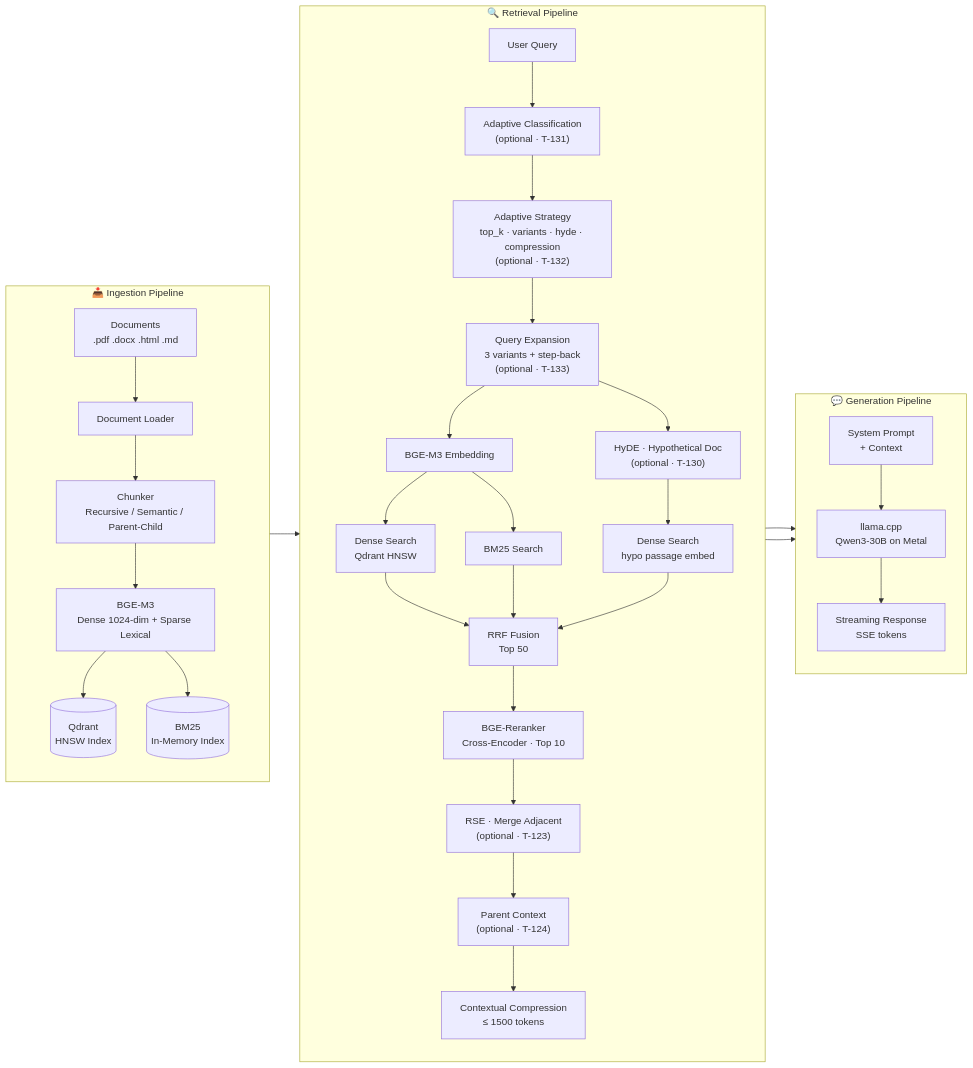
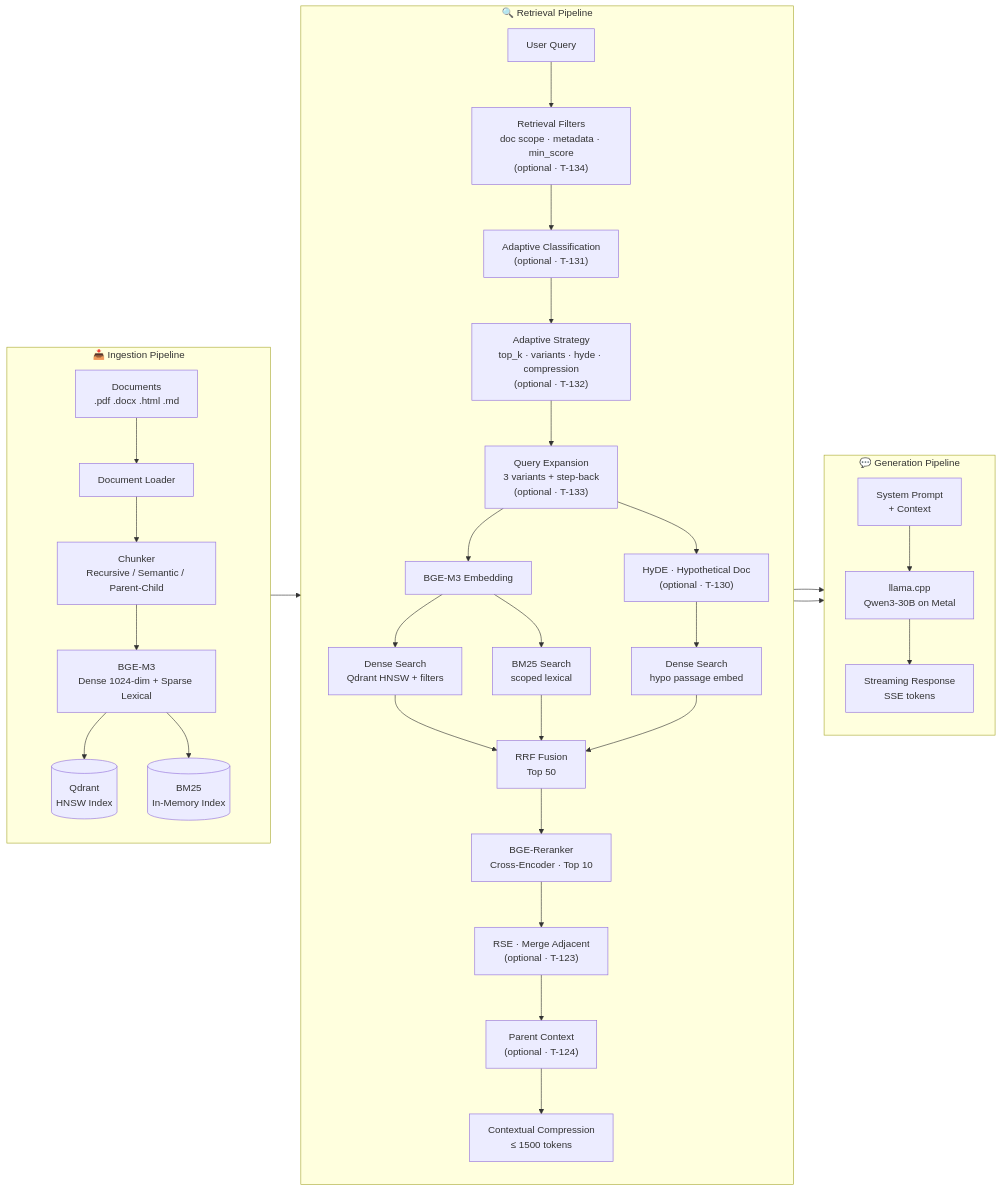
The first of 10 diagrams in README.md (ealbertoav/rag_platform), drawn with Mermaid before and after one commit. The commit also changed other lines of this file and 23 other files, not shown here.

First line of the commit message:
feat: implement multi-faceted Qdrant filtering and retrieval constraints

````diff
--- a/README.md
+++ b/README.md
@@ -44,40 +47,41 @@
 ```mermaid
 flowchart LR
     subgraph INGEST["📥 Ingestion Pipeline"]
         direction TB
         D["Documents<br/>.pdf .docx .html .md"] --> L[Document Loader]
         L --> C["Chunker<br/>Recursive / Semantic / Parent-Child"]
         C --> E["BGE-M3<br/>Dense 1024-dim + Sparse Lexical"]
         E --> Q[("Qdrant<br/>HNSW Index")]
         E --> B[("BM25<br/>In-Memory Index")]
     end
 
     subgraph RETRIEVE["🔍 Retrieval Pipeline"]
         direction TB
-        QX["User Query"] --> ADAPT["Adaptive Classification<br/>(optional · T-131)"]
+        QX["User Query"] --> FILT["Retrieval Filters<br/>doc scope · metadata · min_score<br/>(optional · T-134)"]
+        FILT --> ADAPT["Adaptive Classification<br/>(optional · T-131)"]
         ADAPT --> STRAT["Adaptive Strategy<br/>top_k · variants · hyde · compression<br/>(optional · T-132)"]
         STRAT --> EXP["Query Expansion<br/>3 variants + step-back<br/>(optional · T-133)"]
         EXP --> EM[BGE-M3 Embedding]
         EXP --> HYDE["HyDE · Hypothetical Doc<br/>(optional · T-130)"]
         HYDE --> DS2["Dense Search<br/>hypo passage embed"]
-        EM --> DS["Dense Search<br/>Qdrant HNSW"]
-        EM --> BS[BM25 Search]
+        EM --> DS["Dense Search<br/>Qdrant HNSW + filters"]
+        EM --> BS["BM25 Search<br/>scoped lexical"]
         DS --> RF["RRF Fusion<br/>Top 50"]
         DS2 --> RF
         BS --> RF
         RF --> RR["BGE-Reranker<br/>Cross-Encoder · Top 10"]
         RR --> RSE["RSE · Merge Adjacent<br/>(optional · T-123)"]
         RSE --> PC["Parent Context<br/>(optional · T-124)"]
         PC --> CC["Contextual Compression<br/>≤ 1500 tokens"]
     end
 
     subgraph GENERATE["💬 Generation Pipeline"]
         direction TB
         CC --> PR["System Prompt<br/>+ Context"]
         PR --> LLM["llama.cpp<br/>Qwen3-30B on Metal"]
         LLM --> SSE["Streaming Response<br/>SSE tokens"]
     end
 
     INGEST --> RETRIEVE
     RETRIEVE --> GENERATE
 ```
````
